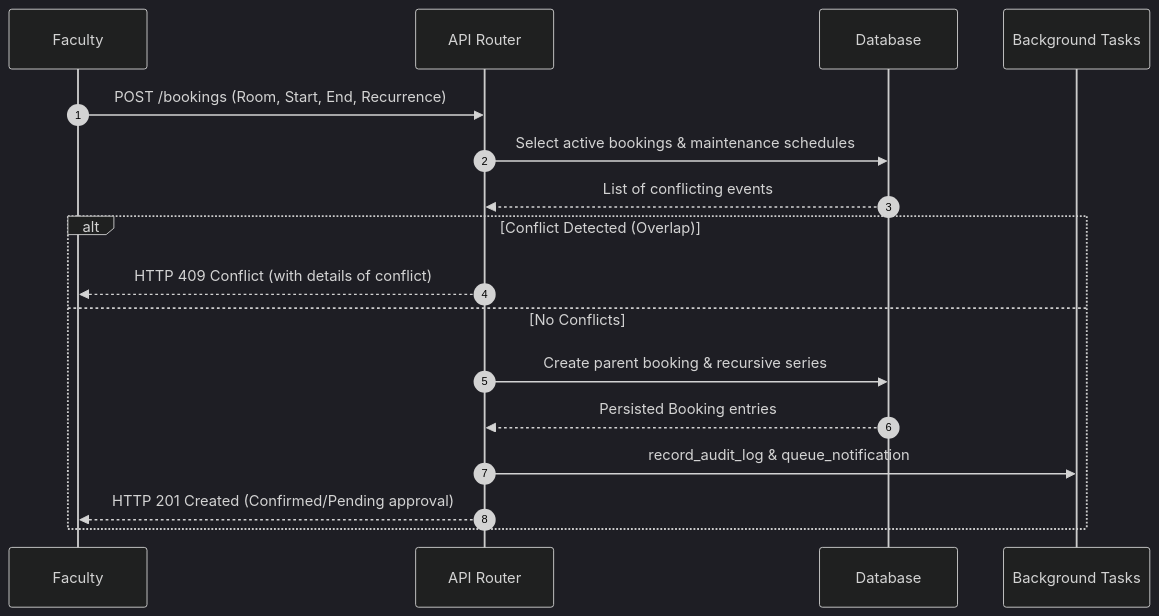
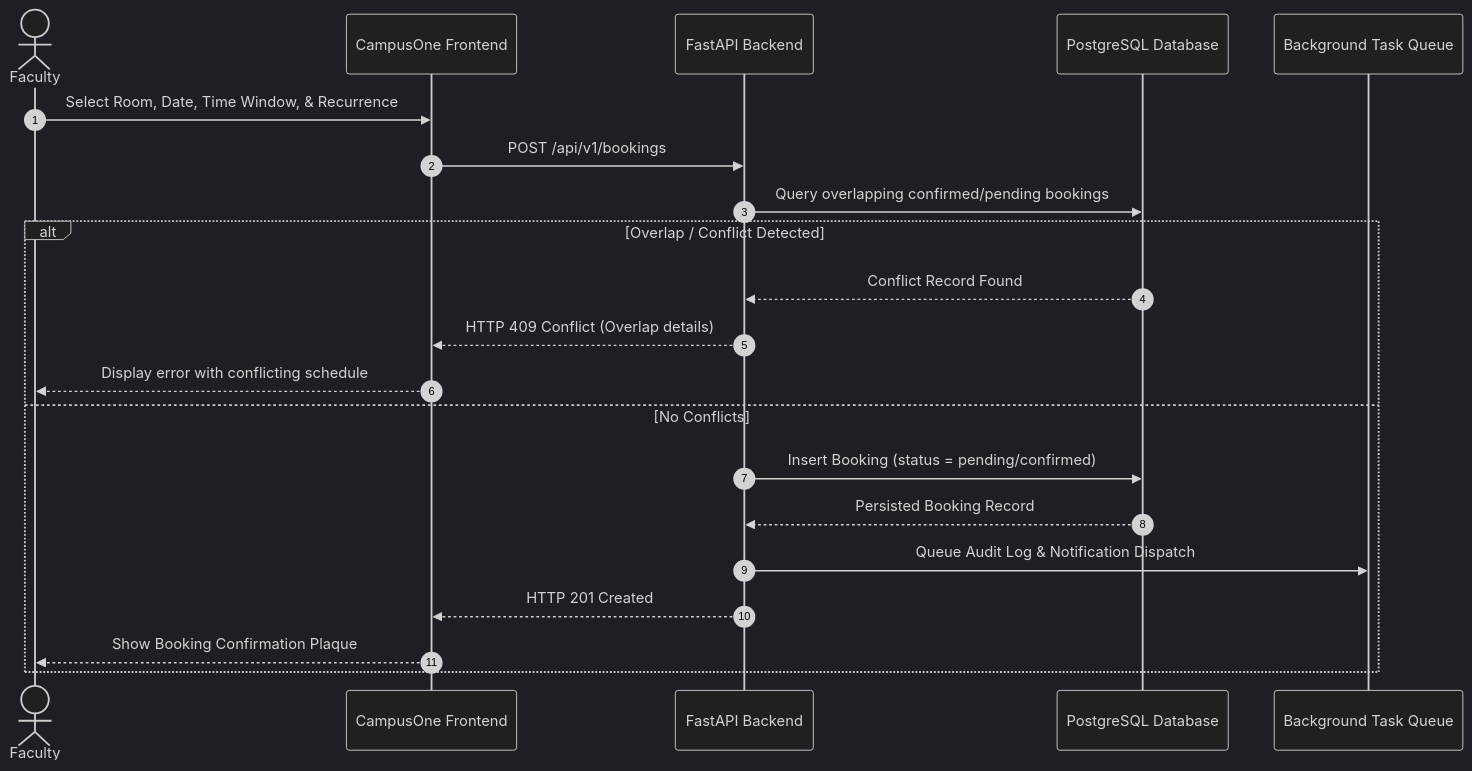
The first of 6 diagrams in README.md (VARDHANKANDA/CampusOne), drawn with Mermaid (dark theme) before and after one commit. The commit also changed other lines of this file and 8 other files, not shown here.

````diff
--- a/README.md
+++ b/README.md
@@ -51,15 +124,24 @@
 ```mermaid
 sequenceDiagram
     autonumber
-    Faculty->>API Router: POST /bookings (Room, Start, End, Recurrence)
-    API Router->>Database: Select active bookings & maintenance schedules
-    Database-->>API Router: List of conflicting events
-    alt Conflict Detected (Overlap)
-        API Router-->>Faculty: HTTP 409 Conflict (with details of conflict)
+    actor Faculty
+    participant UI as CampusOne Frontend
+    participant API as FastAPI Backend
+    participant DB as PostgreSQL Database
+    participant BG as Background Task Queue
+
+    Faculty->>UI: Select Room, Date, Time Window, & Recurrence
+    UI->>API: POST /api/v1/bookings
+    API->>DB: Query overlapping confirmed/pending bookings
+    alt Overlap / Conflict Detected
+        DB-->>API: Conflict Record Found
+        API-->>UI: HTTP 409 Conflict (Overlap details)
+        UI-->>Faculty: Display error with conflicting schedule
     else No Conflicts
-        API Router->>Database: Create parent booking & recursive series
-        Database-->>API Router: Persisted Booking entries
-        API Router->>Background Tasks: record_audit_log & queue_notification
-        API Router-->>Faculty: HTTP 201 Created (Confirmed/Pending approval)
+        API->>DB: Insert Booking (status = pending/confirmed)
+        DB-->>API: Persisted Booking Record
+        API->>BG: Queue Audit Log & Notification Dispatch
+        API-->>UI: HTTP 201 Created
+        UI-->>Faculty: Show Booking Confirmation Plaque
     end
 ```
````
